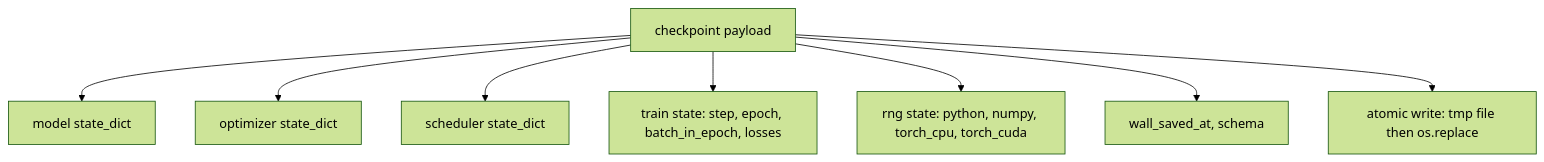
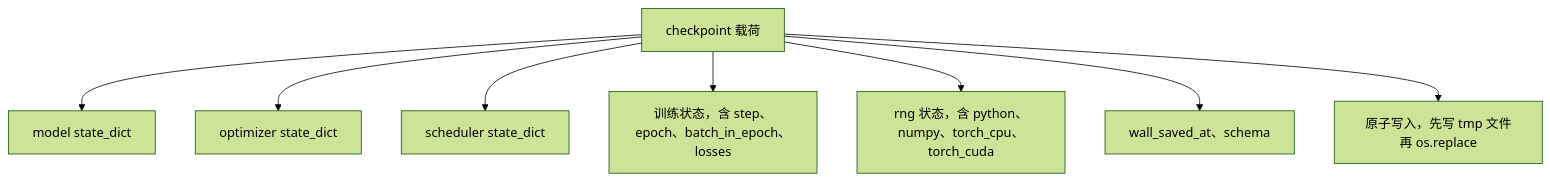
The first of 3 diagrams in phases/19-capstone-projects/47-checkpoint-save-resume/docs/zh.md (JerryC8080/ai-engineering-from-scratch-zh), drawn with Mermaid (forest theme) before and after one commit. The commit also changed other lines of this file and 156 other files, not shown here.

First line of the commit message:
i18n(zh): translate mermaid diagram labels in 157 lesson zh.md

````diff
--- a/phases/19-capstone-projects/47-checkpoint-save-resume/docs/zh.md
+++ b/phases/19-capstone-projects/47-checkpoint-save-resume/docs/zh.md
@@ -29,10 +29,10 @@
 ```mermaid
 flowchart TD
-  ckpt[checkpoint payload] --> m[model state_dict]
+  ckpt[checkpoint 载荷] --> m[model state_dict]
   ckpt --> o[optimizer state_dict]
   ckpt --> s[scheduler state_dict]
-  ckpt --> tr[train state: step, epoch, batch_in_epoch, losses]
-  ckpt --> rng[rng state: python, numpy, torch_cpu, torch_cuda]
-  ckpt --> meta[wall_saved_at, schema]
-  ckpt --> write[atomic write: tmp file then os.replace]
+  ckpt --> tr[训练状态，含 step、epoch、batch_in_epoch、losses]
+  ckpt --> rng[rng 状态，含 python、numpy、torch_cpu、torch_cuda]
+  ckpt --> meta[wall_saved_at、schema]
+  ckpt --> write[原子写入，先写 tmp 文件再 os.replace]
 ```
````
